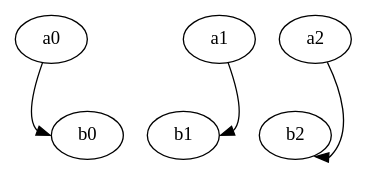
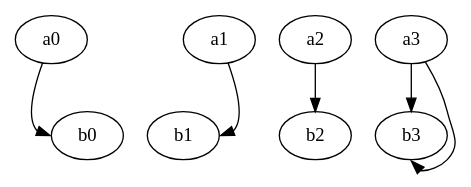
The eighth of 11 diagrams in other/graphviz.md (sisyphus1212/note), drawn with Graphviz before and after one commit.

Commit message:
auto_update

````diff
--- a/other/graphviz.md
+++ b/other/graphviz.md
@@ -99,7 +99,9 @@
 ```graphviz
 digraph G {
     a0 -> b0:w;
     a1 -> b1:e;
-    a2 -> b2:se;
+    a2 -> b2:n;
+    a3 -> b3:s;
+    a3 -> b3:sn;
 }
 ```
````
